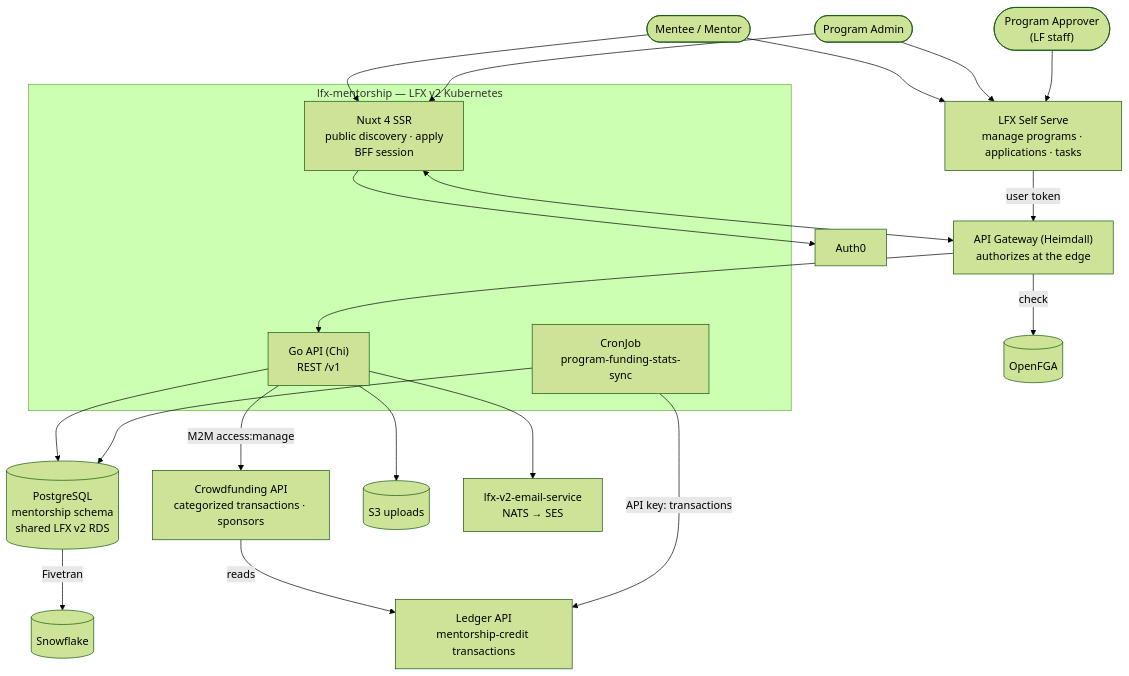
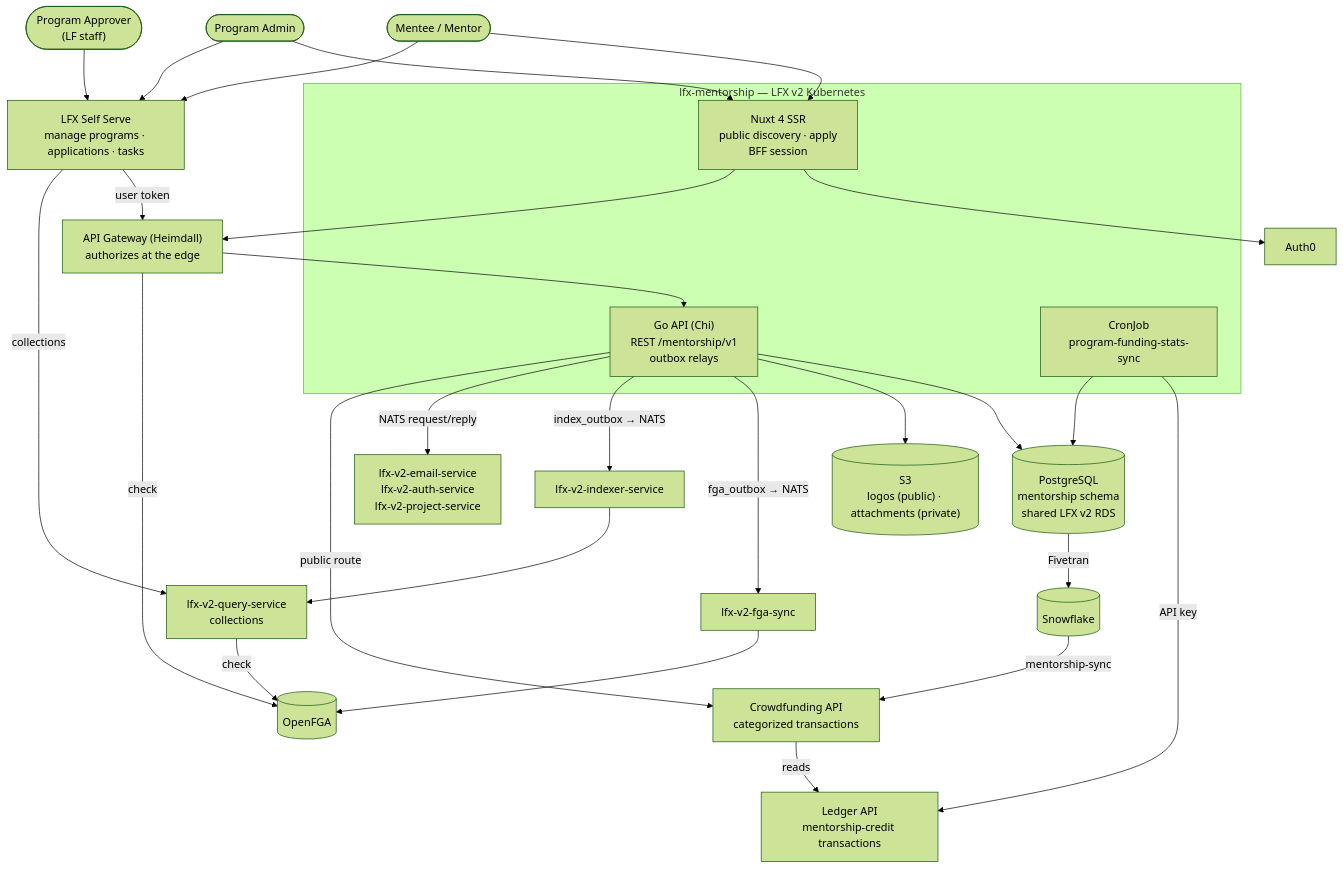
The diagram in ARCHITECTURE.md (linuxfoundation/lfx-mentorship), drawn with Mermaid (forest theme) before and after one commit. The commit also changed other lines of this file and 2 other files, not shown here.

First line of the commit message:
docs: align ARCHITECTURE.md with main and the deployed service

````diff
--- a/ARCHITECTURE.md
+++ b/ARCHITECTURE.md
@@ -48,41 +41,51 @@
 ```mermaid
 flowchart TB
     USERS(["Mentee / Mentor"])
     ADMIN(["Program Admin"])
     APPROVER(["Program Approver<br/>(LF staff)"])
 
     HEIMDALL["API Gateway (Heimdall)<br/>authorizes at the edge"]
     FGA[("OpenFGA")]
 
     subgraph K8S["lfx-mentorship — LFX v2 Kubernetes"]
         NUXT["Nuxt 4 SSR<br/>public discovery · apply<br/>BFF session"]
-        API["Go API (Chi)<br/>REST /v1"]
+        API["Go API (Chi)<br/>REST /mentorship/v1<br/>outbox relays"]
         CRON["CronJob<br/>program-funding-stats-sync"]
     end
 
     PG[("PostgreSQL<br/>mentorship schema<br/>shared LFX v2 RDS")]
 
     SS["LFX Self Serve<br/>manage programs · applications · tasks"]
+    QS["lfx-v2-query-service<br/>collections"]
     AUTH0["Auth0"]
+    FGASYNC["lfx-v2-fga-sync"]
+    INDEXER["lfx-v2-indexer-service"]
+    NATSRR["lfx-v2-email-service<br/>lfx-v2-auth-service<br/>lfx-v2-project-service"]
     LEDGER["Ledger API<br/>mentorship-credit transactions"]
-    CF["Crowdfunding API<br/>categorized transactions · sponsors"]
-    S3[("S3 uploads")]
-    EMAIL["lfx-v2-email-service<br/>NATS → SES"]
+    CF["Crowdfunding API<br/>categorized transactions"]
+    S3[("S3<br/>logos (public) · attachments (private)")]
     SF[("Snowflake")]
 
     USERS & ADMIN --> NUXT
     USERS & ADMIN & APPROVER --> SS
-    NUXT <--> HEIMDALL
     NUXT --> AUTH0
+    NUXT --> HEIMDALL
     SS -- "user token" --> HEIMDALL
+    SS -- "collections" --> QS
     HEIMDALL -- "check" --> FGA
     HEIMDALL --> API
     API --> PG
     API --> S3
-    API --> EMAIL
-    API -- "M2M access:manage" --> CF
+    API -- "fga_outbox → NATS" --> FGASYNC
+    FGASYNC --> FGA
+    API -- "index_outbox → NATS" --> INDEXER
+    INDEXER --> QS
+    QS -- "check" --> FGA
+    API -- "NATS request/reply" --> NATSRR
+    API -- "public route" --> CF
     CF -- "reads" --> LEDGER
-    CRON -- "API key: transactions" --> LEDGER
+    CRON -- "API key" --> LEDGER
     CRON --> PG
     PG -- "Fivetran" --> SF
+    SF -- "mentorship-sync" --> CF
 ```
````
